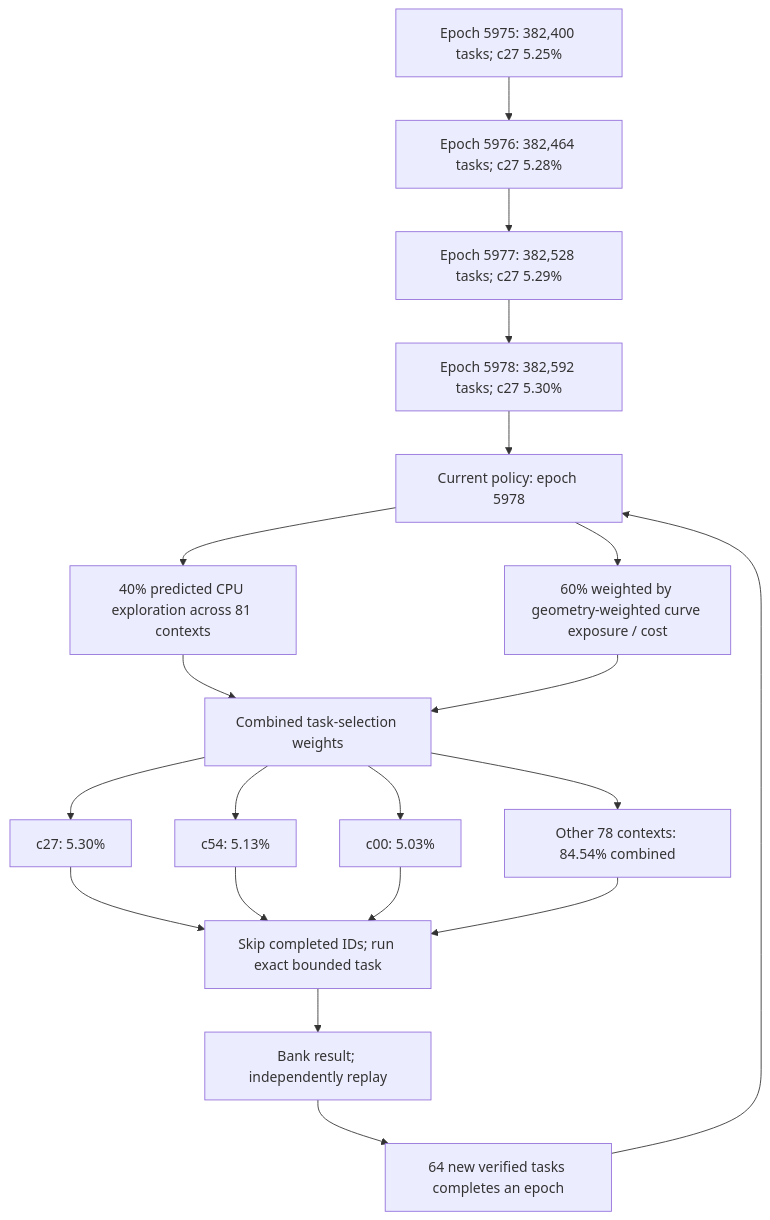
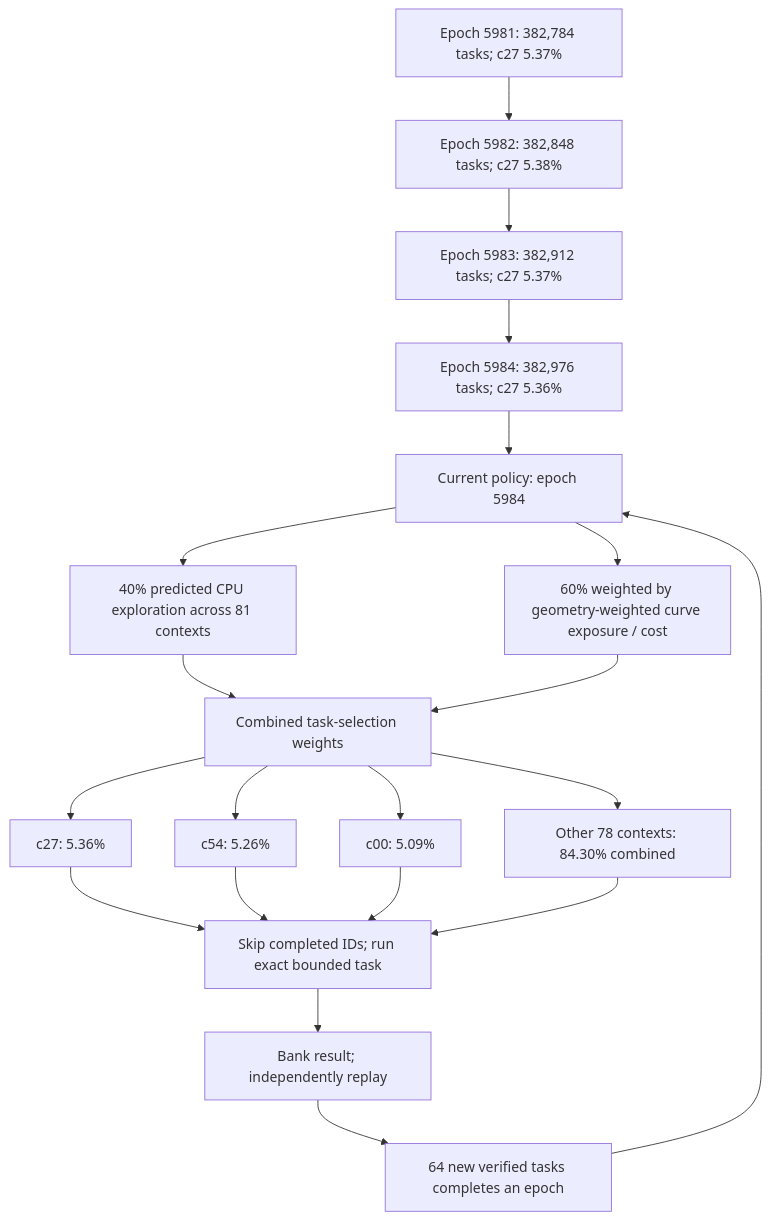
Before and after one commit to Kuberwastaken/math-gambling: the first of 3 diagrams in README.md, drawn with Mermaid. The commit also changed other lines of this file and 2856 other files, not shown here.

````diff
--- a/README.md
+++ b/README.md
@@ -60,27 +60,27 @@
 ```mermaid
 flowchart TD
-    H0["Epoch 5975: 382,400 tasks; c27 5.25%"]
-    H1["Epoch 5976: 382,464 tasks; c27 5.28%"]
+    H0["Epoch 5981: 382,784 tasks; c27 5.37%"]
+    H1["Epoch 5982: 382,848 tasks; c27 5.38%"]
     H0 --> H1
-    H2["Epoch 5977: 382,528 tasks; c27 5.29%"]
+    H2["Epoch 5983: 382,912 tasks; c27 5.37%"]
     H1 --> H2
-    H3["Epoch 5978: 382,592 tasks; c27 5.30%"]
+    H3["Epoch 5984: 382,976 tasks; c27 5.36%"]
     H2 --> H3
-    Policy["Current policy: epoch 5978"]
+    Policy["Current policy: epoch 5984"]
     H3 --> Policy
     Policy --> Explore["40% predicted CPU exploration across 81 contexts"]
     Policy --> Cost["60% weighted by geometry-weighted curve exposure / cost"]
     Explore --> Mix["Combined task-selection weights"]
     Cost --> Mix
-    Mix --> C0["c27: 5.30%"]
-    Mix --> C1["c54: 5.13%"]
-    Mix --> C2["c00: 5.03%"]
-    Mix --> Rest["Other 78 contexts: 84.54% combined"]
+    Mix --> C0["c27: 5.36%"]
+    Mix --> C1["c54: 5.26%"]
+    Mix --> C2["c00: 5.09%"]
+    Mix --> Rest["Other 78 contexts: 84.30% combined"]
     C0 --> Check["Skip completed IDs; run exact bounded task"]
     C1 --> Check
     C2 --> Check
     Rest --> Check
     Check --> Replay["Bank result; independently replay"]
     Replay --> Gate["64 new verified tasks completes an epoch"]
     Gate --> Policy
 ```
````
